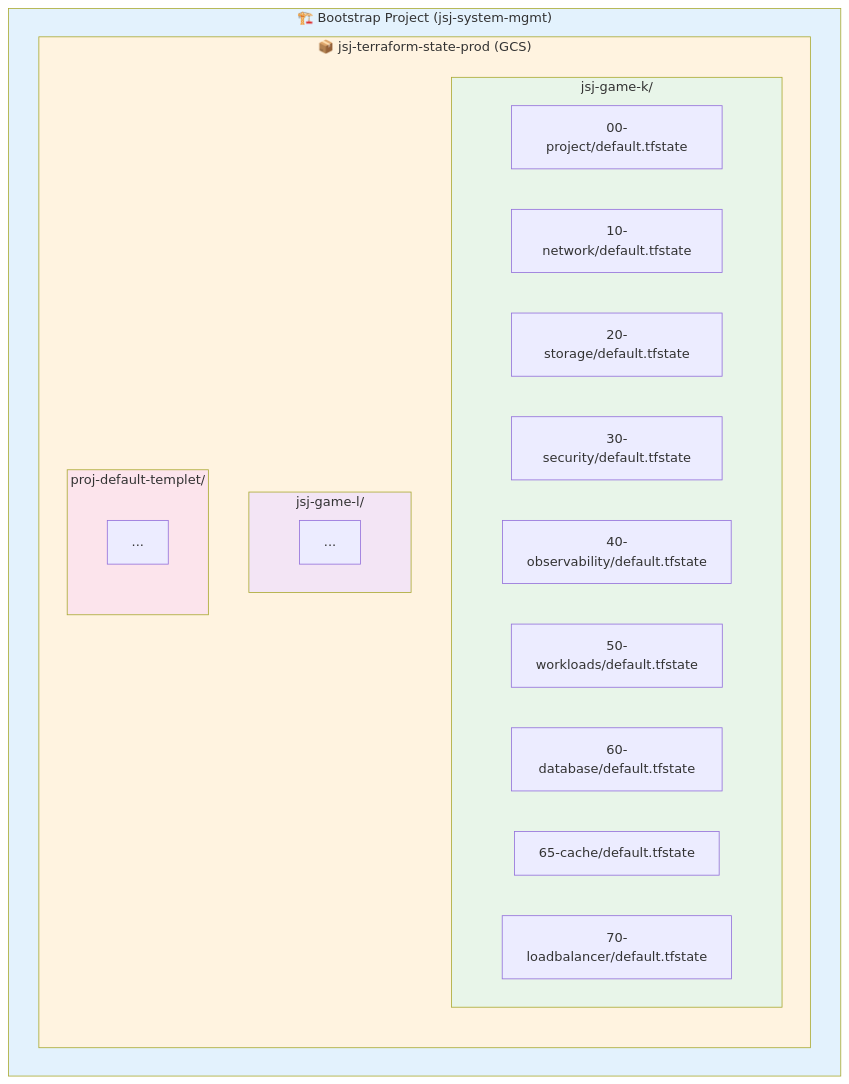
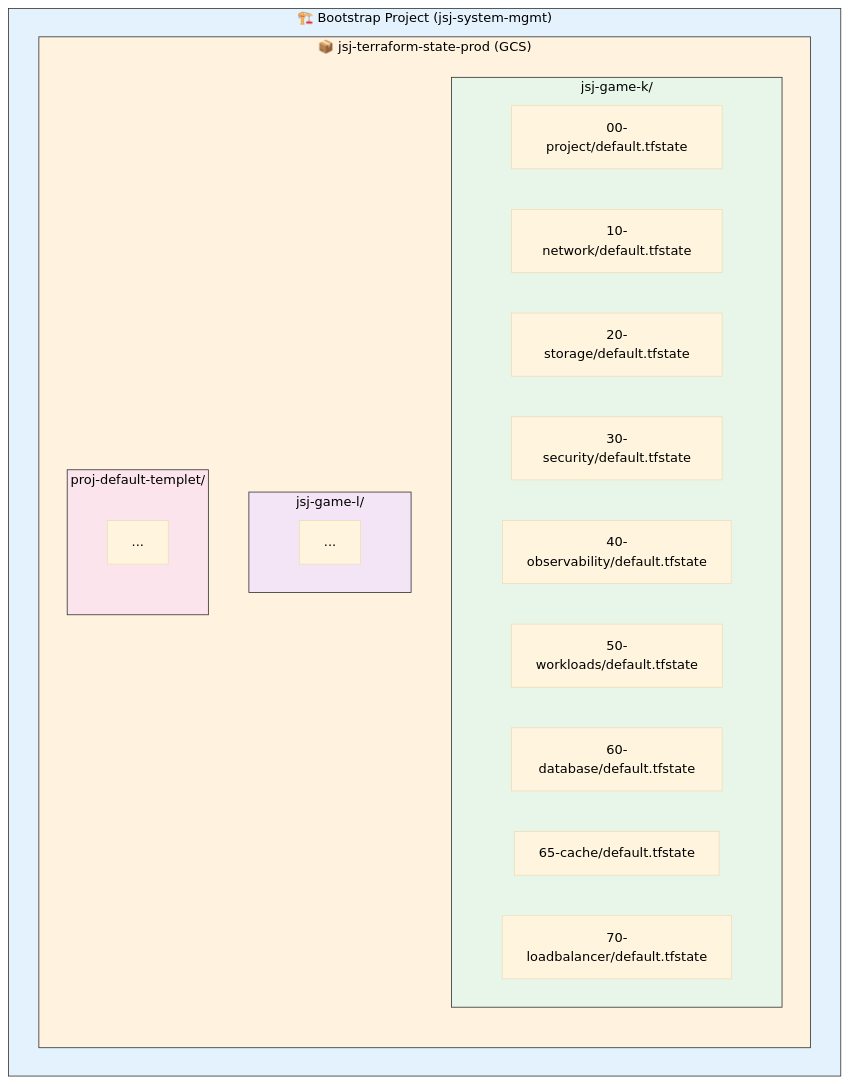
One commit to JSJ2337/GCP_terraform_code changed the fourth of 4 diagrams in terraform_gcp_infra/docs/architecture/overview.md. Above: the diagram before and after it, drawn with Mermaid. The commit also changed other lines of this file and 5 other files, not shown here.

First line of the commit message:
style: Mermaid 다이어그램 제목 가독성 개선

````diff
--- a/terraform_gcp_infra/docs/architecture/overview.md
+++ b/terraform_gcp_infra/docs/architecture/overview.md
@@ -277,32 +285,33 @@
 ```mermaid
+%%{init: {'theme': 'base', 'themeVariables': { 'primaryTextColor': '#000000', 'clusterBkg': '#ffffff', 'clusterBorder': '#333333' }}}%%
 flowchart TB
     subgraph Bootstrap["🏗️ Bootstrap Project (jsj-system-mgmt)"]
         subgraph GCS["📦 jsj-terraform-state-prod (GCS)"]
             subgraph GAMEK["jsj-game-k/"]
                 K00["00-project/default.tfstate"]
                 K10["10-network/default.tfstate"]
                 K20["20-storage/default.tfstate"]
                 K30["30-security/default.tfstate"]
                 K40["40-observability/default.tfstate"]
                 K50["50-workloads/default.tfstate"]
                 K60["60-database/default.tfstate"]
                 K65["65-cache/default.tfstate"]
                 K70["70-loadbalancer/default.tfstate"]
             end
 
             subgraph GAMEL["jsj-game-l/"]
                 L_ETC["..."]
             end
 
             subgraph TEMPLET["proj-default-templet/"]
                 T_ETC["..."]
             end
         end
     end
 
-    style Bootstrap fill:#e3f2fd
-    style GCS fill:#fff3e0
-    style GAMEK fill:#e8f5e9
-    style GAMEL fill:#f3e5f5
-    style TEMPLET fill:#fce4ec
+    style Bootstrap fill:#e3f2fd,color:#000000
+    style GCS fill:#fff3e0,color:#000000
+    style GAMEK fill:#e8f5e9,color:#000000
+    style GAMEL fill:#f3e5f5,color:#000000
+    style TEMPLET fill:#fce4ec,color:#000000
 ```
````
